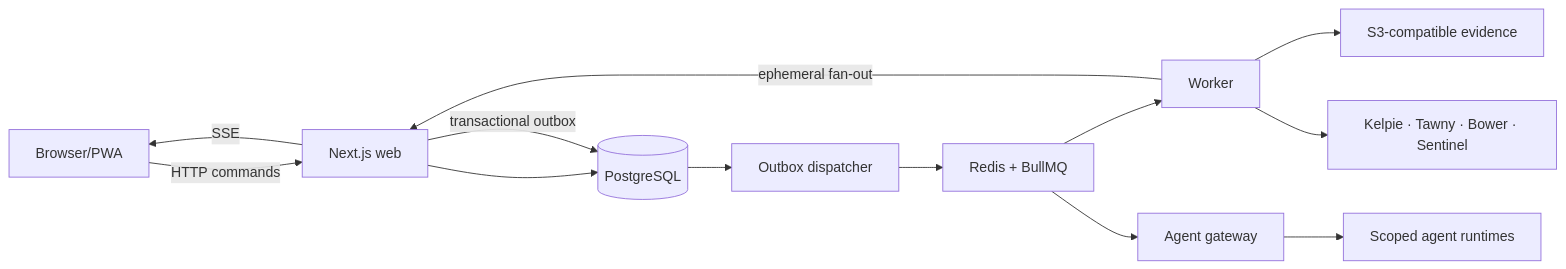
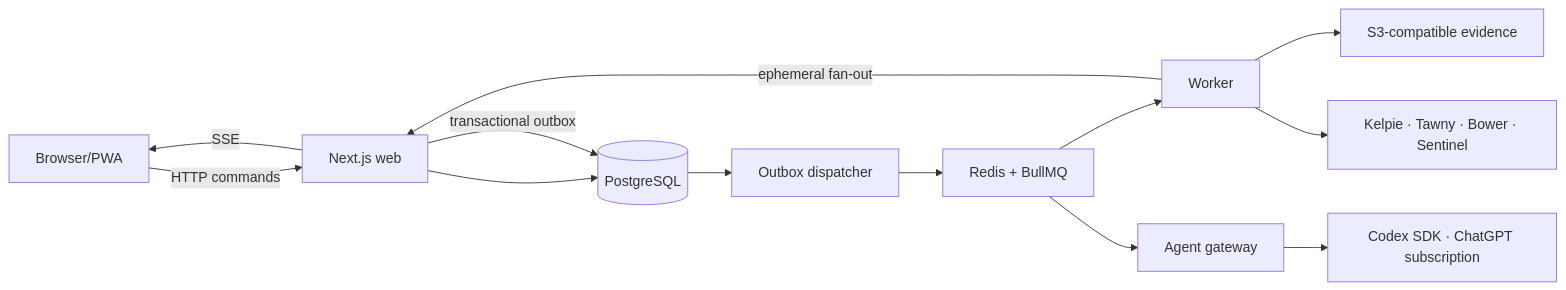
The diagram in README.md (jusso-dev/Muster), drawn with Mermaid before and after one commit. The commit also changed other lines of this file and 32 other files, not shown here.

Commit message:
feat: add subscription-backed Codex runtime

````diff
--- a/README.md
+++ b/README.md
@@ -66,15 +78,15 @@
 ```mermaid
 flowchart LR
   B[Browser/PWA] -->|HTTP commands| W[Next.js web]
   W --> P[(PostgreSQL)]
   W -->|transactional outbox| P
   W -->|SSE| B
   P --> O[Outbox dispatcher]
   O --> Q[Redis + BullMQ]
   Q --> K[Worker]
   Q --> G[Agent gateway]
   K --> E[S3-compatible evidence]
   K --> X[Kelpie · Tawny · Bower · Sentinel]
-  G --> R[Scoped agent runtimes]
+  G --> R[Codex SDK · ChatGPT subscription]
   K -->|ephemeral fan-out| W
 ```
````
